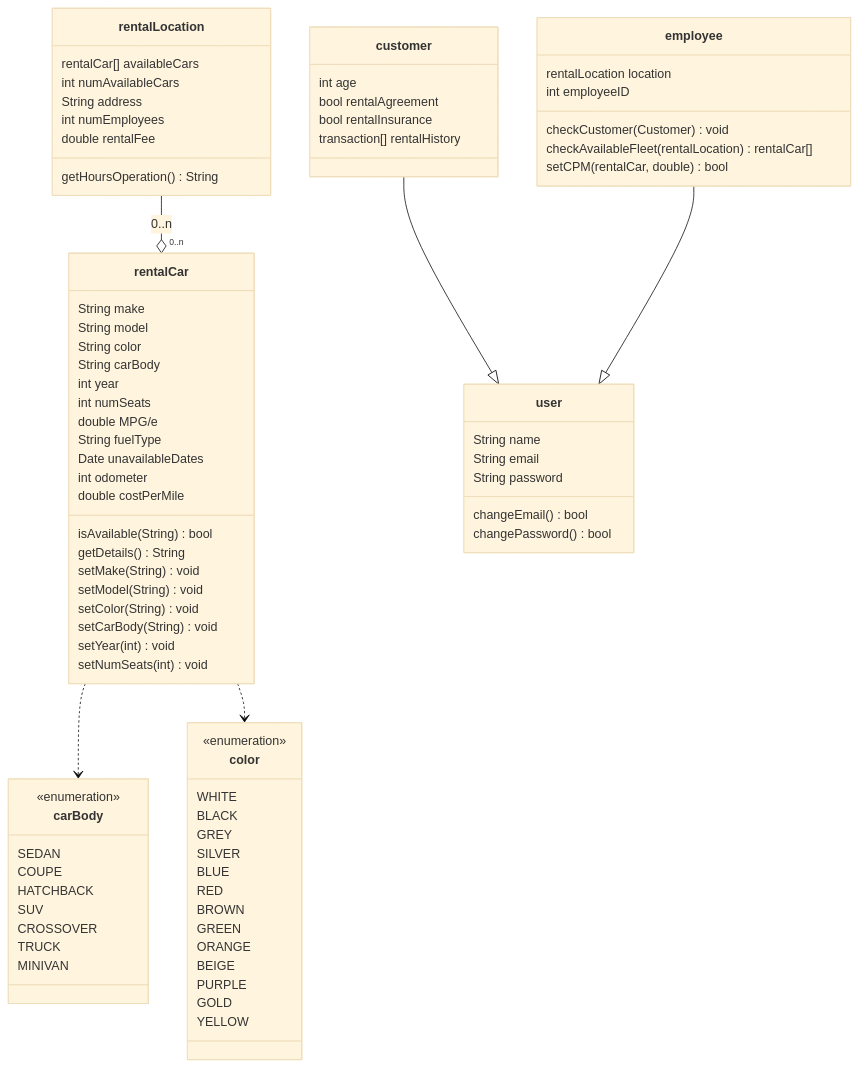
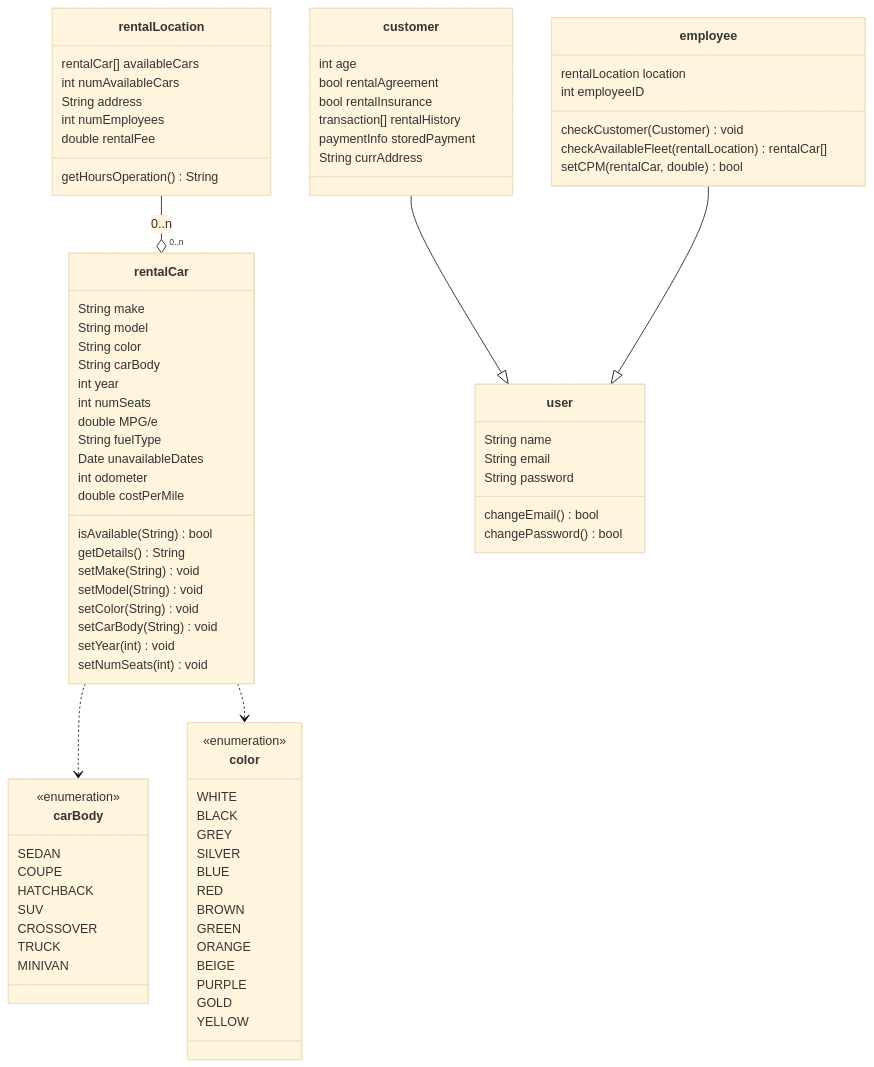
Before and after one commit to bczuniga/CS250-Sp23-Group13: the diagram in UML Car Rental.md, drawn with Mermaid (base theme).

Commit message:
Updated UML Car Rental.md

```diff
--- a/UML Car Rental.md
+++ b/UML Car Rental.md
@@ -23,6 +23,9 @@
         bool rentalAgreement
         bool rentalInsurance
         transaction[] rentalHistory
+        paymentInfo storedPayment
+        String currAddress
+        
     }
     
     class employee {
```
